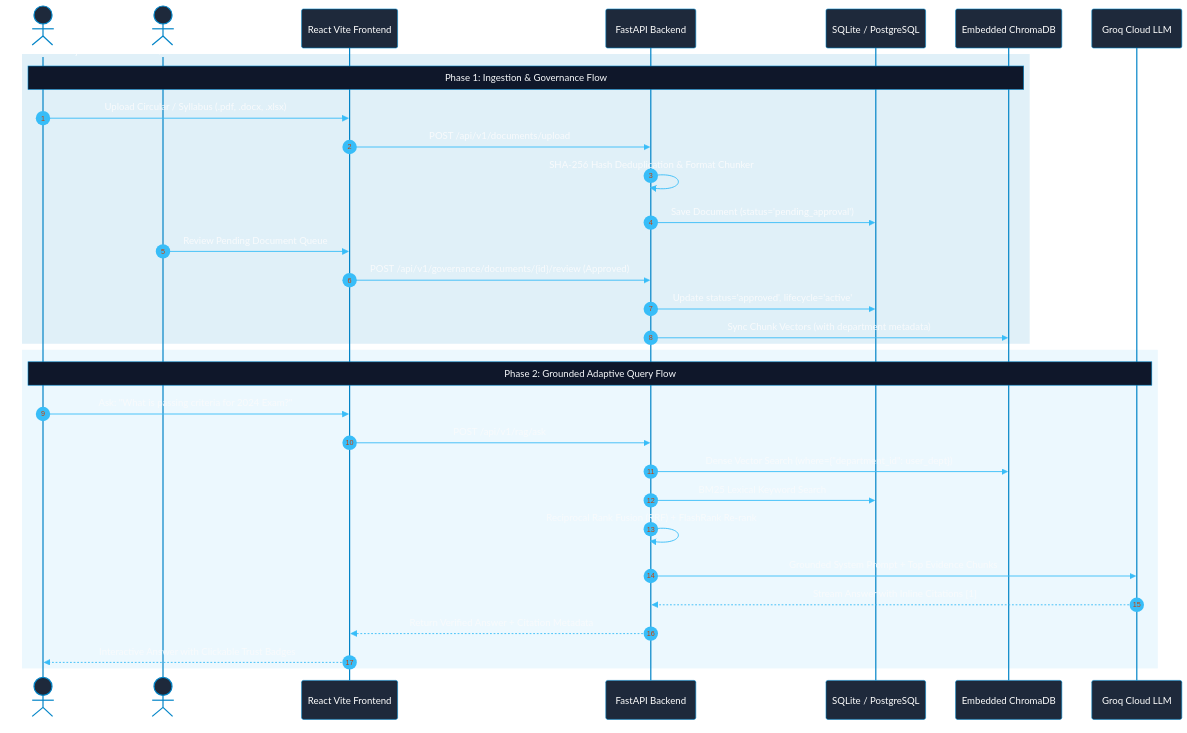
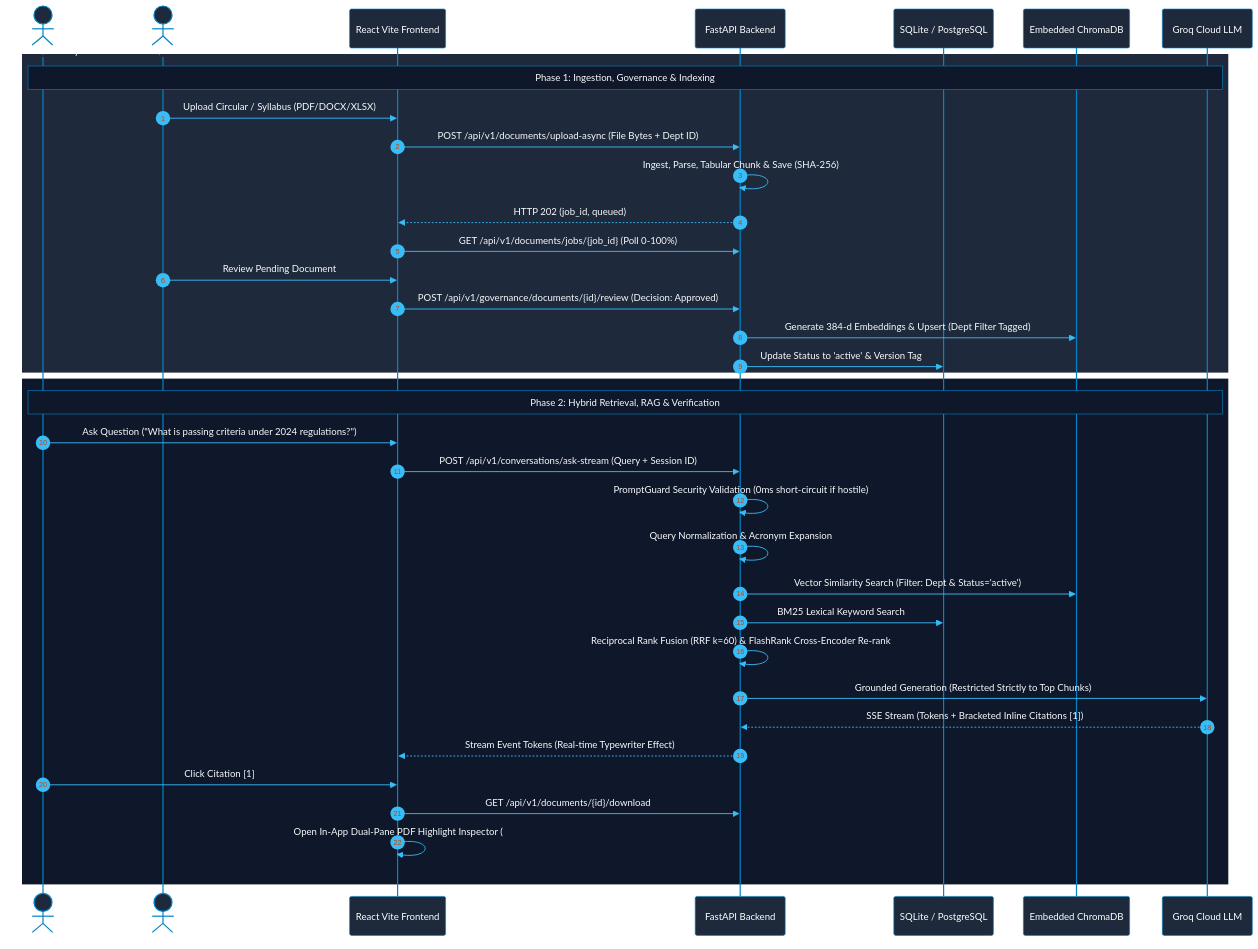
The second of 2 diagrams in README.md (abhay-patil-cse27/concord-ikms), drawn with Mermaid before and after one commit. The commit also changed other lines of this file and 3 other files, not shown here.

Commit message:
docs: synchronize README, testing architecture, viva guide, and demo script to 82/82 tests

````diff
--- a/README.md
+++ b/README.md
@@ -89,37 +89,44 @@
 ```mermaid
 %%{init: {'theme': 'base', 'themeVariables': { 'primaryColor': '#0284c7', 'primaryTextColor': '#ffffff', 'primaryBorderColor': '#0369a1', 'lineColor': '#38bdf8', 'secondaryColor': '#0f172a', 'tertiaryColor': '#1e293b', 'actorBkg': '#1e293b', 'actorBorder': '#0284c7', 'actorTextColor': '#ffffff', 'signalColor': '#38bdf8', 'signalTextColor': '#f8fafc', 'labelBoxBkgColor': '#0f172a', 'labelBoxBorderColor': '#334155', 'labelTextColor': '#f8fafc', 'loopTextColor': '#f8fafc', 'noteBorderColor': '#0284c7', 'noteBkgColor': '#0f172a', 'noteTextColor': '#f8fafc', 'fontFamily': 'Inter, sans-serif'}}}%%
 sequenceDiagram
     autonumber
     actor User as Student / Faculty
     actor HOD as HOD / Admin
     participant FE as React Vite Frontend
     participant API as FastAPI Backend
     participant DB as SQLite / PostgreSQL
     participant Vec as Embedded ChromaDB
     participant LLM as Groq Cloud LLM
 
-    rect rgba(2, 132, 199, 0.12)
-    note over User,Vec: Phase 1: Ingestion & Governance Flow
-    User->>FE: Upload Circular / Syllabus (.pdf, .docx, .xlsx)
-    FE->>API: POST /api/v1/documents/upload
-    API->>API: SHA-256 Hash Deduplication & Format Chunker
-    API->>DB: Save Document (status='pending_approval')
-    HOD->>FE: Review Pending Document Queue
-    FE->>API: POST /api/v1/governance/documents/{id}/review (Approved)
-    API->>DB: Update status='approved', lifecycle='active'
-    API->>Vec: Sync Chunk Vectors (with department metadata)
+    %% Document Upload & Governance Cycle
+    rect rgb(30, 41, 59)
+    note over User,LLM: Phase 1: Ingestion, Governance & Indexing
+    HOD->>FE: Upload Circular / Syllabus (PDF/DOCX/XLSX)
+    FE->>API: POST /api/v1/documents/upload-async (File Bytes + Dept ID)
+    API->>API: Ingest, Parse, Tabular Chunk & Save (SHA-256)
+    API-->>FE: HTTP 202 (job_id, queued)
+    FE->>API: GET /api/v1/documents/jobs/{job_id} (Poll 0-100%)
+    HOD->>FE: Review Pending Document
+    FE->>API: POST /api/v1/governance/documents/{id}/review (Decision: Approved)
+    API->>Vec: Generate 384-d Embeddings & Upsert (Dept Filter Tagged)
+    API->>DB: Update Status to 'active' & Version Tag
     end
 
-    rect rgba(14, 165, 233, 0.08)
-    note over User,LLM: Phase 2: Grounded Adaptive Query Flow
-    User->>FE: Ask: "What is passing criteria for 2024 Exam?"
-    FE->>API: POST /api/v1/rag/ask
-    API->>Vec: Dense Vector Search (where={"department_id": user_dept})
+    %% Contextual RAG & Evidence Grounding
+    rect rgb(15, 23, 42)
+    note over User,LLM: Phase 2: Hybrid Retrieval, RAG & Verification
+    User->>FE: Ask Question ("What is passing criteria under 2024 regulations?")
+    FE->>API: POST /api/v1/conversations/ask-stream (Query + Session ID)
+    API->>API: PromptGuard Security Validation (0ms short-circuit if hostile)
+    API->>API: Query Normalization & Acronym Expansion
+    API->>Vec: Vector Similarity Search (Filter: Dept & Status='active')
     API->>DB: BM25 Lexical Keyword Search
-    API->>API: Reciprocal Rank Fusion (RRF) + FlashRank Re-rank
-    API->>LLM: Grounded System Prompt + Top Evidence Chunks
-    LLM-->>API: Stream Answer with Inline Citations [1]
-    API-->>FE: Return Verified Answer + Citation Metadata
-    FE-->>User: Interactive Answer with Clickable Trust Badges
+    API->>API: Reciprocal Rank Fusion (RRF k=60) & FlashRank Cross-Encoder Re-rank
+    API->>LLM: Grounded Generation (Restricted Strictly to Top Chunks)
+    LLM-->>API: SSE Stream (Tokens + Bracketed Inline Citations [1])
+    API-->>FE: Stream Event Tokens (Real-time Typewriter Effect)
+    User->>FE: Click Citation [1]
+    FE->>API: GET /api/v1/documents/{id}/download
+    FE->>FE: Open In-App Dual-Pane PDF Highlight Inspector (#page=N)
     end
 ```
````
